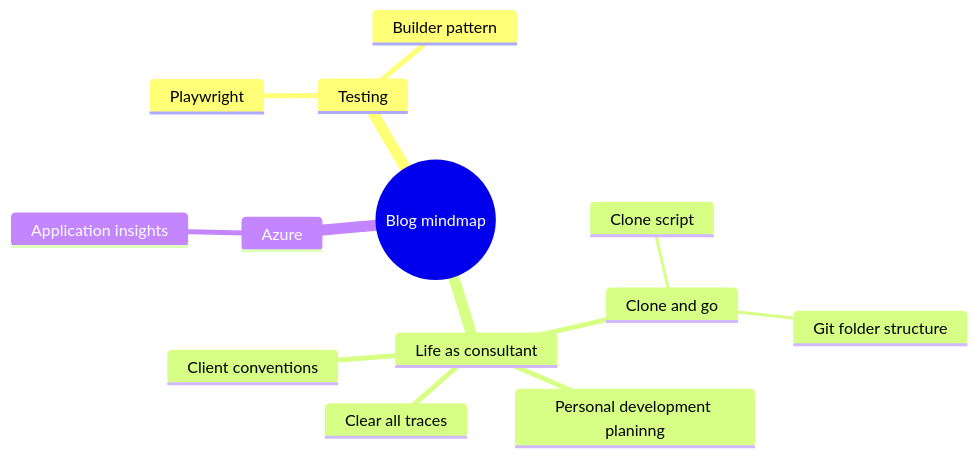
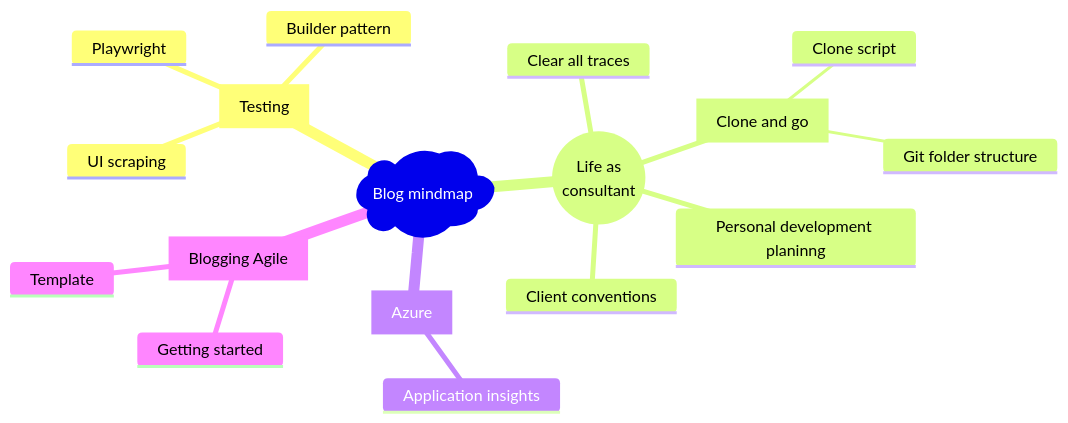
One commit to martdegraaf/martdegraaf.github.io changed the diagram in src/blog/content/posts/BA-how-to-get-started-technical-blog.md. Above: the diagram before and after it, drawn with Mermaid. The commit also changed other lines of this file, not shown here.

Commit message:
some updates

````diff
--- a/src/blog/content/posts/BA-how-to-get-started-technical-blog.md
+++ b/src/blog/content/posts/BA-how-to-get-started-technical-blog.md
@@ -84,16 +86,20 @@
 ```mermaid
 mindmap
-  root((Blog mindmap))
-    Testing
+  root)Blog mindmap(
+    T[Testing]
       Playwright
       Builder pattern
-    Life as consultant
-      Clone and go
+      UI scraping
+    LaC((Life as<br>consultant))
+      C[Clone and go]
         Clone script
         Git folder structure
       Personal development planinng
       Client conventions
       Clear all traces
-    Azure
+    A[Azure]
       Application insights
+    BA[Blogging Agile]
+      Getting started
+      Template
 ```
````
